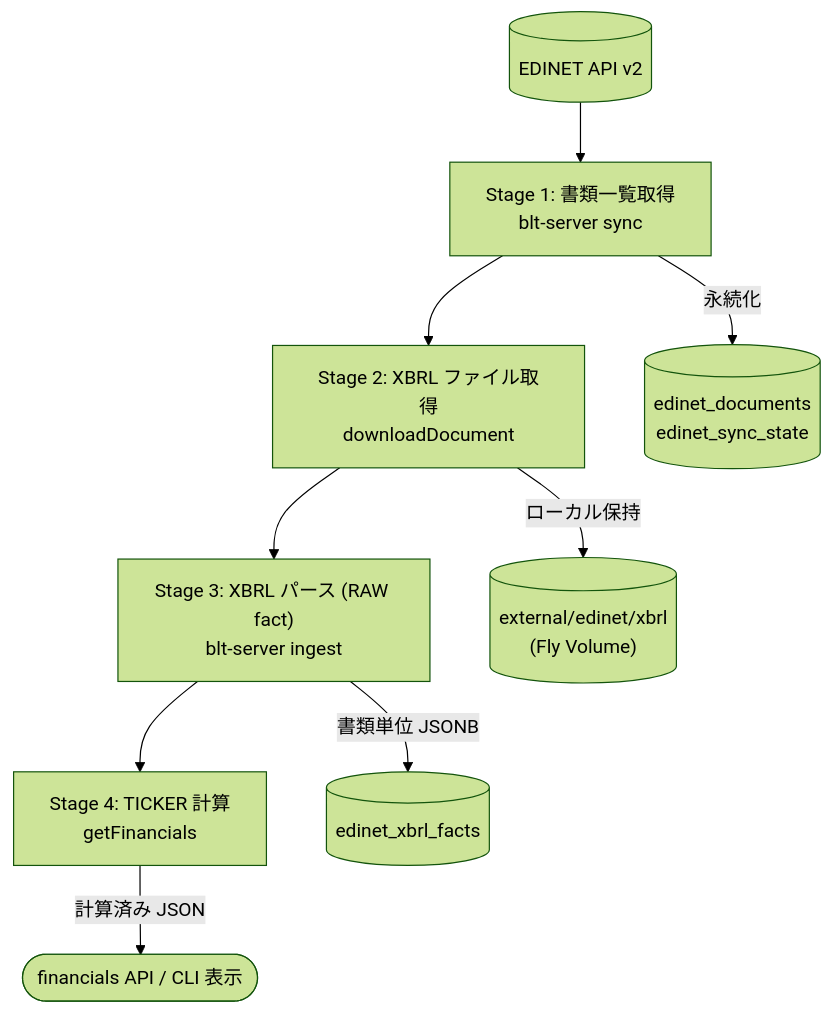
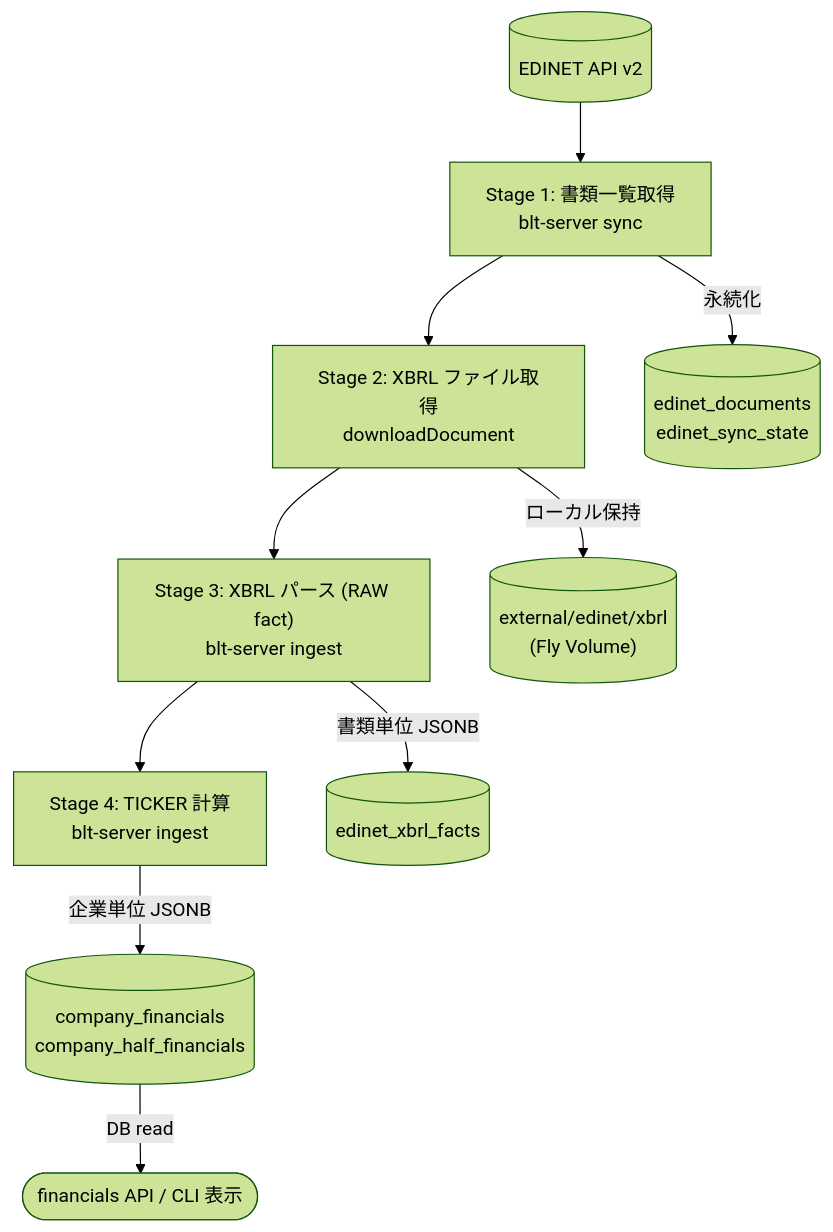
One commit to sollahiro/blue-ticker changed the third of 4 diagrams in docs/architecture.md. Above: the diagram before and after it, drawn with Mermaid (forest theme). The commit also changed other lines of this file, not shown here.

First line of the commit message:
docs: update architecture.md to reflect DB-only financial read paths

````diff
--- a/docs/architecture.md
+++ b/docs/architecture.md
@@ -106,14 +107,15 @@
 ```mermaid
 flowchart TD
     edinet[("EDINET API v2")]
     s1["Stage 1: 書類一覧取得<br/>blt-server sync"]
     s2["Stage 2: XBRL ファイル取得<br/>downloadDocument"]
     s3["Stage 3: XBRL パース (RAW fact)<br/>blt-server ingest"]
-    s4["Stage 4: TICKER 計算<br/>getFinancials"]
+    s4["Stage 4: TICKER 計算<br/>blt-server ingest"]
 
     edinet --> s1 --> s2 --> s3 --> s4
     s1 -->|永続化| db1[("edinet_documents<br/>edinet_sync_state")]
     s2 -->|ローカル保持| fs[("external/edinet/xbrl<br/>(Fly Volume)")]
     s3 -->|書類単位 JSONB| db3[("edinet_xbrl_facts")]
-    s4 -->|計算済み JSON| out(["financials API / CLI 表示"])
+    s4 -->|企業単位 JSONB| db4[("company_financials<br/>company_half_financials")]
+    db4 -->|DB read| out(["financials API / CLI 表示"])
 ```
````
